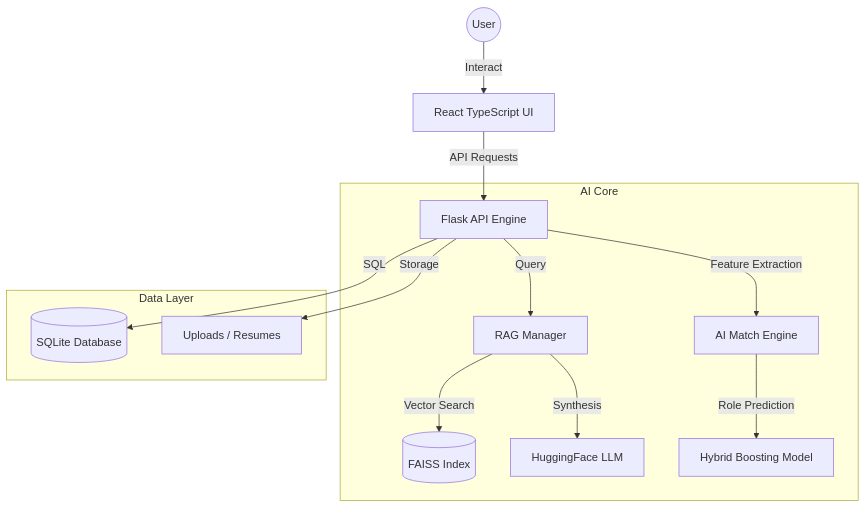
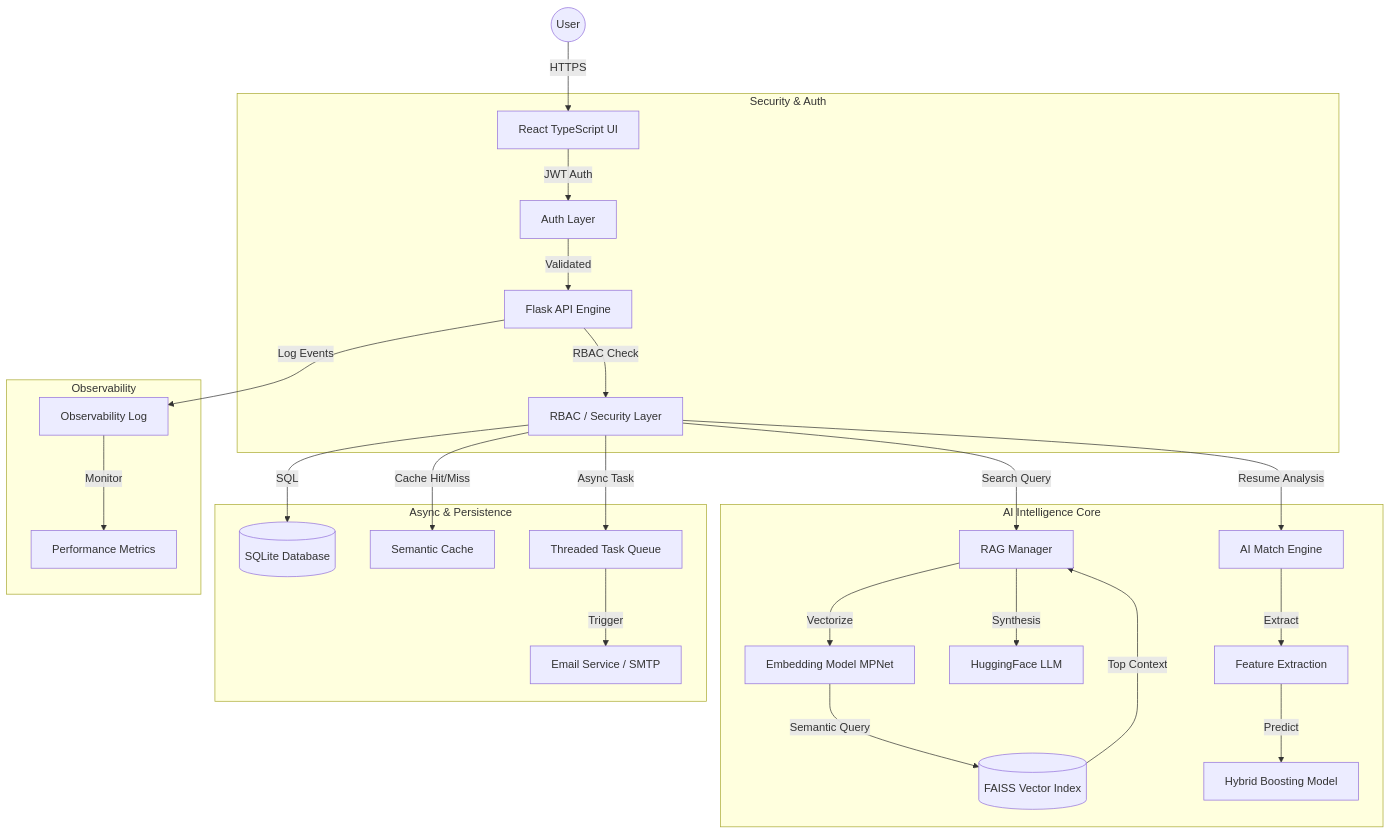
Before and after one commit to HariM917/ATS: the diagram in README.md, drawn with Mermaid. The commit also changed other lines of this file, not shown here.

Commit message:
Docs: Upgrade System Architecture to Production Grade (Pro Version)

````diff
--- a/README.md
+++ b/README.md
@@ -43,18 +43,35 @@
 ```mermaid
 graph TD
-    User((User)) -->|Interact| Frontend[React TypeScript UI]
-    Frontend -->|API Requests| Backend[Flask API Engine]
+    User((User)) -->|HTTPS| Frontend[React TypeScript UI]
     
-    subgraph "AI Core"
-        Backend -->|Query| RAG[RAG Manager]
-        RAG -->|Vector Search| FAISS[(FAISS Index)]
-        RAG -->|Synthesis| LLM[HuggingFace LLM]
-        Backend -->|Feature Extraction| Matcher[AI Match Engine]
-        Matcher -->|Role Prediction| ML[Hybrid Boosting Model]
+    subgraph "Security & Auth"
+        Frontend -->|JWT Auth| Auth[Auth Layer]
+        Auth -->|Validated| Backend[Flask API Engine]
+        Backend -->|RBAC Check| RBAC[RBAC / Security Layer]
     end
     
-    subgraph "Data Layer"
-        Backend -->|SQL| DB[(SQLite Database)]
-        Backend -->|Storage| FS[Uploads / Resumes]
+    subgraph "AI Intelligence Core"
+        RBAC -->|Search Query| RAG[RAG Manager]
+        RAG -->|Vectorize| Embed[Embedding Model MPNet]
+        Embed -->|Semantic Query| FAISS[(FAISS Vector Index)]
+        FAISS -->|Top Context| RAG
+        RAG -->|Synthesis| LLM[HuggingFace LLM]
+        
+        RBAC -->|Resume Analysis| Matcher[AI Match Engine]
+        Matcher -->|Extract| Feature[Feature Extraction]
+        Feature -->|Predict| ML[Hybrid Boosting Model]
+    end
+    
+    subgraph "Async & Persistence"
+        RBAC -->|SQL| DB[(SQLite Database)]
+        RBAC -->|Cache Hit/Miss| Cache[Semantic Cache]
+        
+        RBAC -->|Async Task| Queue[Threaded Task Queue]
+        Queue -->|Trigger| Email[Email Service / SMTP]
+    end
+    
+    subgraph "Observability"
+        Backend -->|Log Events| Logs[Observability Log]
+        Logs -->|Monitor| Stats[Performance Metrics]
     end
 ```
````
